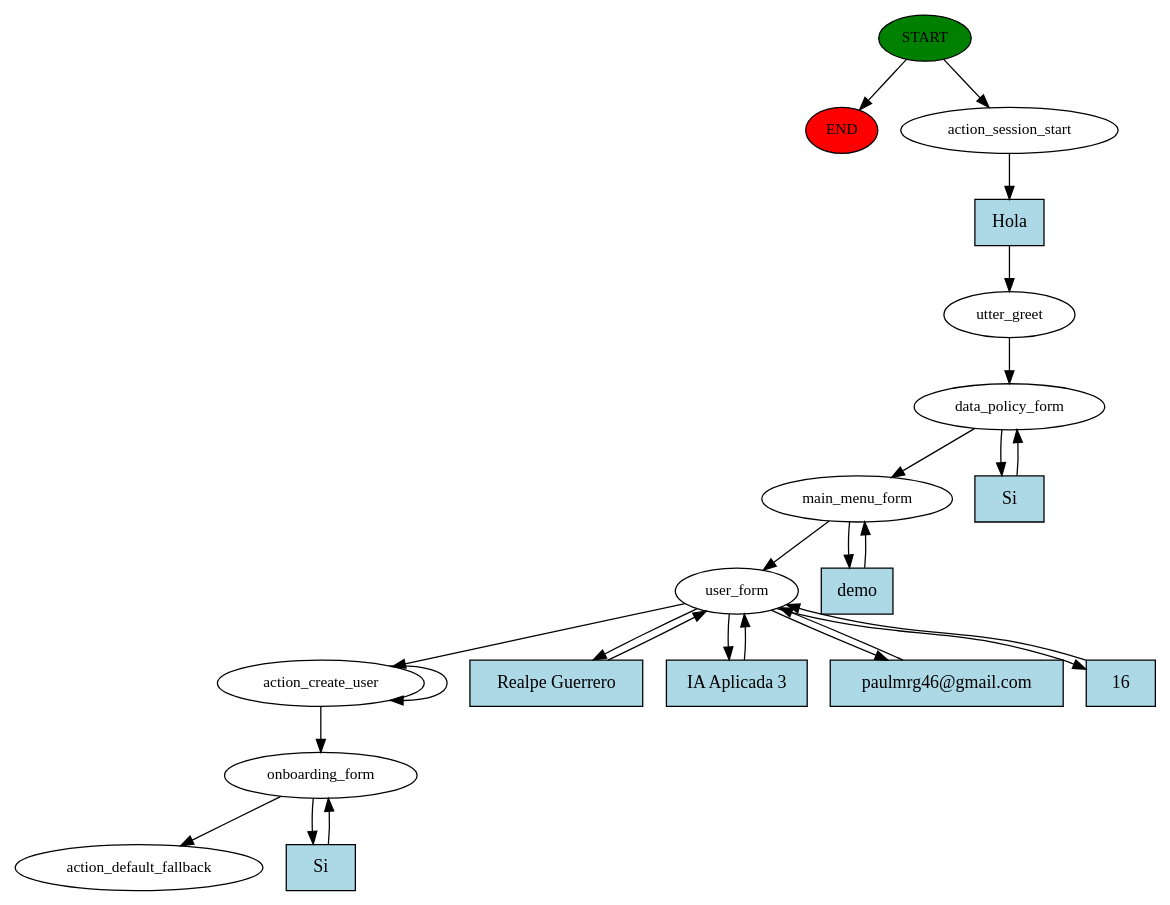
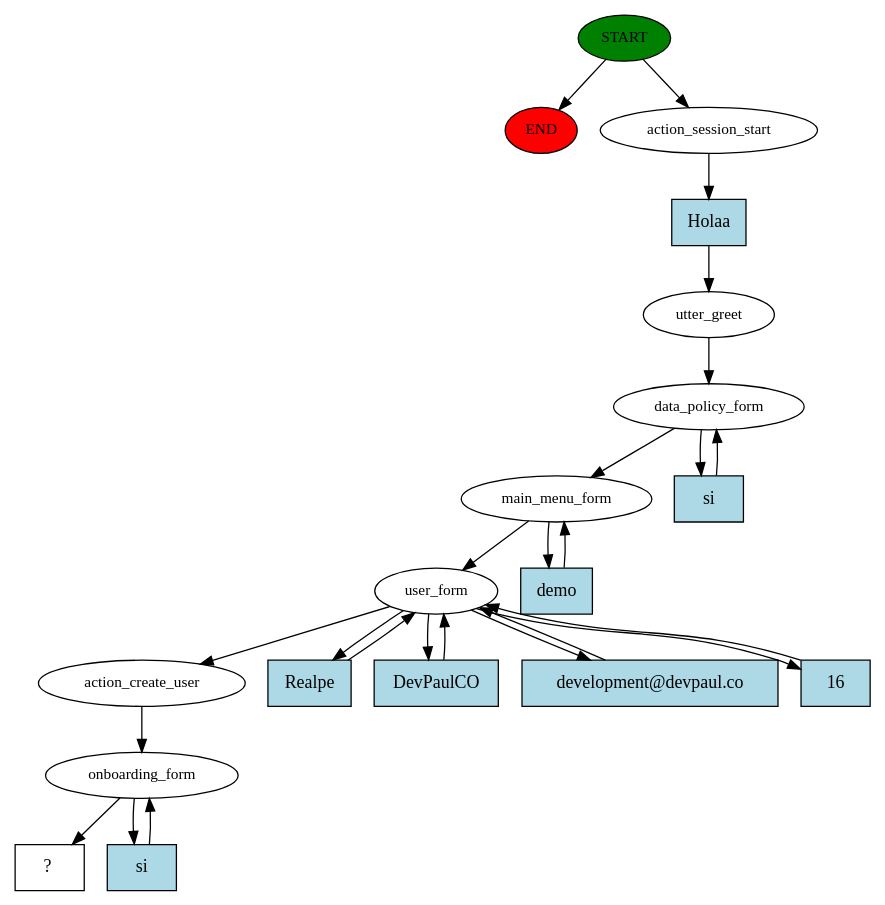
One commit to carlosfrubio/doit.cara_comercial changed the diagram in story_graph.dot. Above: the diagram before and after it, drawn with Graphviz. The commit also changed 4 other files, not shown here.

Commit message:
Feat: OnboardingForm: custom ActionAskCouldOpenFile added

```diff
--- a/story_graph.dot
+++ b/story_graph.dot
@@ -1,45 +1,44 @@
 digraph  {
 0 [class="start active", fillcolor=green, fontsize=12, label=START, style=filled];
 "-1" [class=end, fillcolor=red, fontsize=12, label=END, style=filled];
 1 [class=active, fontsize=12, label=action_session_start];
 2 [class=active, fontsize=12, label=utter_greet];
 3 [class=active, fontsize=12, label=data_policy_form];
 5 [class=active, fontsize=12, label=main_menu_form];
 7 [class=active, fontsize=12, label=user_form];
 13 [class=active, fontsize=12, label=action_create_user];
-15 [class=active, fontsize=12, label=onboarding_form];
-19 [class="dashed active", fontsize=12, label=action_default_fallback];
-20 [class="intent active", fillcolor=lightblue, label=Hola, shape=rect, style=filled];
-21 [class="intent active", fillcolor=lightblue, label=Si, shape=rect, style=filled];
-22 [class="intent active", fillcolor=lightblue, label=demo, shape=rect, style=filled];
-23 [class="intent active", fillcolor=lightblue, label="Realpe Guerrero", shape=rect, style=filled];
-24 [class="intent active", fillcolor=lightblue, label="IA Aplicada 3", shape=rect, style=filled];
-25 [class="intent active", fillcolor=lightblue, label="paulmrg46@gmail.com", shape=rect, style=filled];
-26 [class="intent active", fillcolor=lightblue, label=16, shape=rect, style=filled];
-27 [class="intent active", fillcolor=lightblue, label=Si, shape=rect, style=filled];
+14 [class=active, fontsize=12, label=onboarding_form];
+18 [class="intent dashed active", label="  ?  ", shape=rect];
+19 [class="intent active", fillcolor=lightblue, label=Holaa, shape=rect, style=filled];
+20 [class="intent active", fillcolor=lightblue, label=si, shape=rect, style=filled];
+21 [class="intent active", fillcolor=lightblue, label=demo, shape=rect, style=filled];
+22 [class="intent active", fillcolor=lightblue, label=Realpe, shape=rect, style=filled];
+23 [class="intent active", fillcolor=lightblue, label=DevPaulCO, shape=rect, style=filled];
+24 [class="intent active", fillcolor=lightblue, label="development@devpaul.co", shape=rect, style=filled];
+25 [class="intent active", fillcolor=lightblue, label=16, shape=rect, style=filled];
+26 [class="intent active", fillcolor=lightblue, label=si, shape=rect, style=filled];
 0 -> "-1"  [class="", key=NONE, label=""];
 0 -> 1  [class=active, key=NONE, label=""];
-1 -> 20  [class=active, key=0];
+1 -> 19  [class=active, key=0];
 2 -> 3  [class=active, key=NONE, label=""];
 3 -> 5  [class=active, key=NONE, label=""];
-3 -> 21  [class=active, key=0];
+3 -> 20  [class=active, key=0];
 5 -> 7  [class=active, key=NONE, label=""];
-5 -> 22  [class=active, key=0];
+5 -> 21  [class=active, key=0];
 7 -> 13  [class=active, key=NONE, label=""];
+7 -> 22  [class=active, key=0];
 7 -> 23  [class=active, key=0];
 7 -> 24  [class=active, key=0];
 7 -> 25  [class=active, key=0];
-7 -> 26  [class=active, key=0];
-13 -> 15  [class=active, key=NONE, label=""];
-13 -> 13  [class=active, key=NONE, label=""];
-15 -> 19  [class=active, key=NONE, label=""];
-15 -> 27  [class=active, key=0];
-20 -> 2  [class=active, key=0];
-21 -> 3  [class=active, key=0];
-22 -> 5  [class=active, key=0];
+13 -> 14  [class=active, key=NONE, label=""];
+14 -> 18  [class=active, key=NONE, label=""];
+14 -> 26  [class=active, key=0];
+19 -> 2  [class=active, key=0];
+20 -> 3  [class=active, key=0];
+21 -> 5  [class=active, key=0];
+22 -> 7  [class=active, key=0];
 23 -> 7  [class=active, key=0];
 24 -> 7  [class=active, key=0];
 25 -> 7  [class=active, key=0];
-26 -> 7  [class=active, key=0];
-27 -> 15  [class=active, key=0];
+26 -> 14  [class=active, key=0];
 }
```
